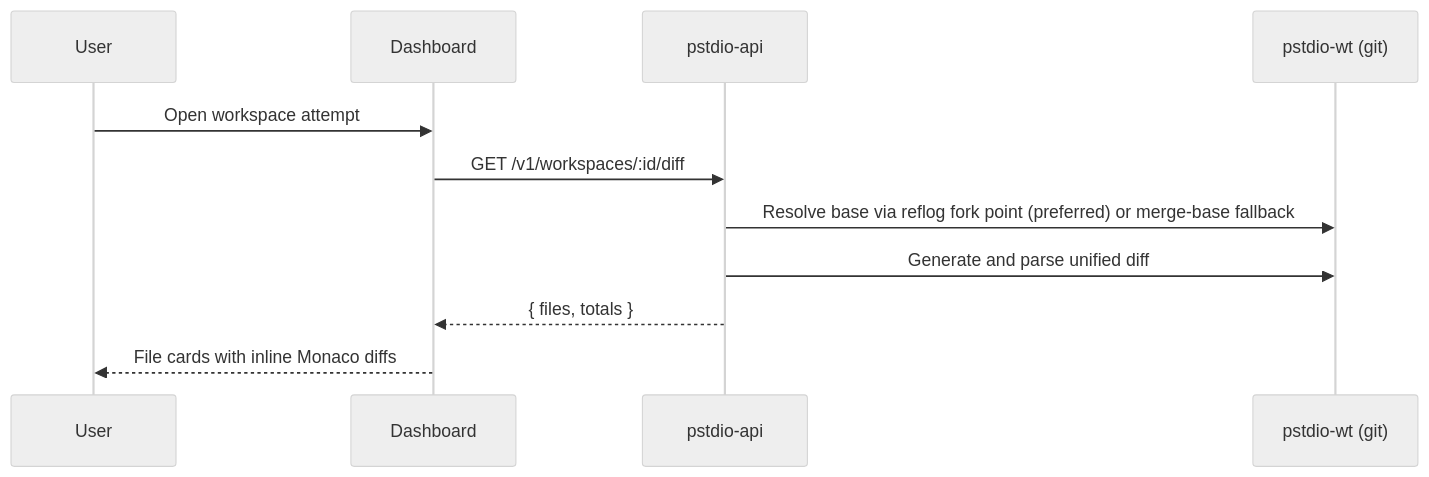
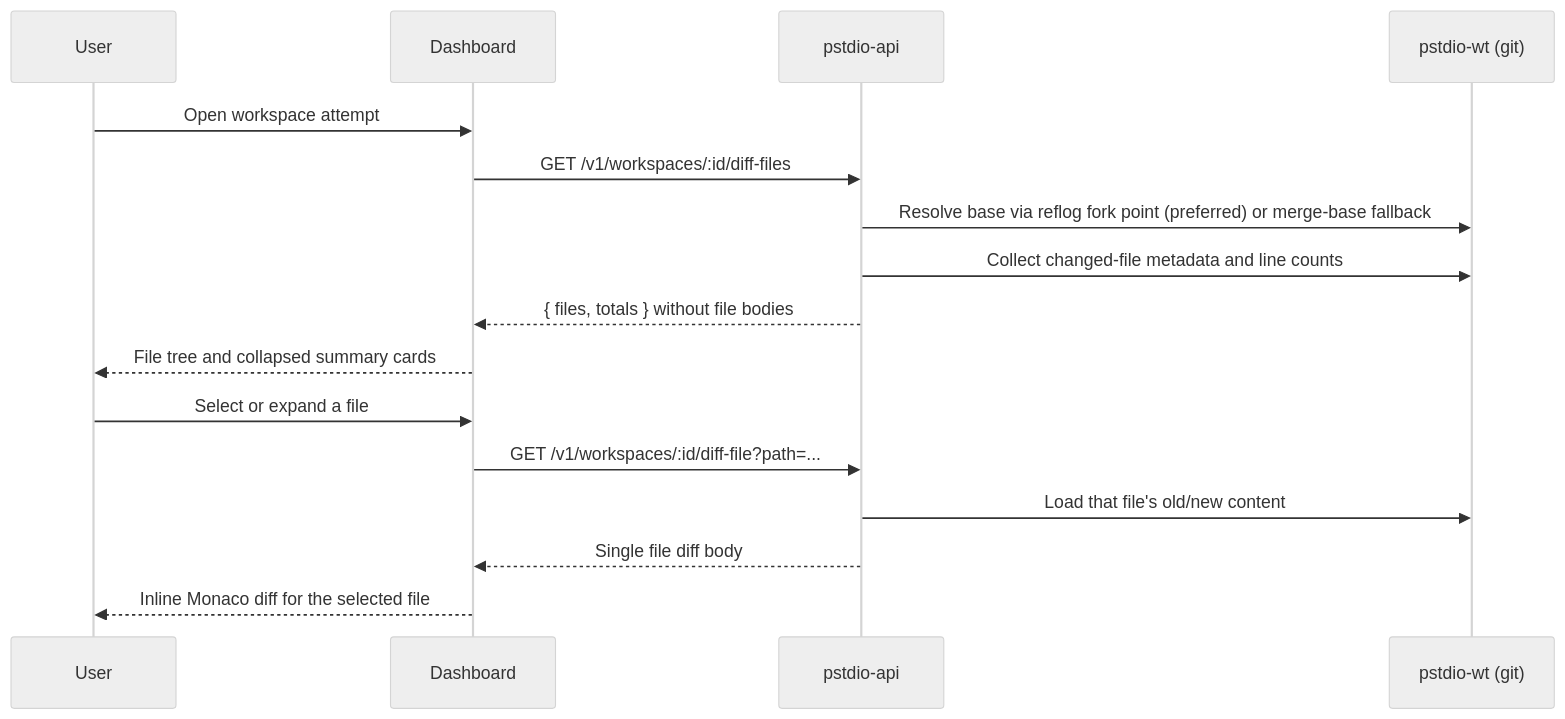
One commit to jenshorn/prompt-studio changed the diagram in .pstdio/docs/architecture/workspace-diff-presentation.md. Above: the diagram before and after it, drawn with Mermaid (neutral theme). The commit also changed other lines of this file and 45 other files, not shown here.

````diff
--- a/.pstdio/docs/architecture/workspace-diff-presentation.md
+++ b/.pstdio/docs/architecture/workspace-diff-presentation.md
@@ -34,14 +34,19 @@
 ```mermaid
 sequenceDiagram
   participant User
   participant Dashboard
   participant API as pstdio-api
   participant Git as pstdio-wt (git)
 
   User->>Dashboard: Open workspace attempt
-  Dashboard->>API: GET /v1/workspaces/:id/diff
+  Dashboard->>API: GET /v1/workspaces/:id/diff-files
   API->>Git: Resolve base via reflog fork point (preferred) or merge-base fallback
-  API->>Git: Generate and parse unified diff
-  API-->>Dashboard: { files, totals }
-  Dashboard-->>User: File cards with inline Monaco diffs
+  API->>Git: Collect changed-file metadata and line counts
+  API-->>Dashboard: { files, totals } without file bodies
+  Dashboard-->>User: File tree and collapsed summary cards
+  User->>Dashboard: Select or expand a file
+  Dashboard->>API: GET /v1/workspaces/:id/diff-file?path=...
+  API->>Git: Load that file's old/new content
+  API-->>Dashboard: Single file diff body
+  Dashboard-->>User: Inline Monaco diff for the selected file
 ```
````
